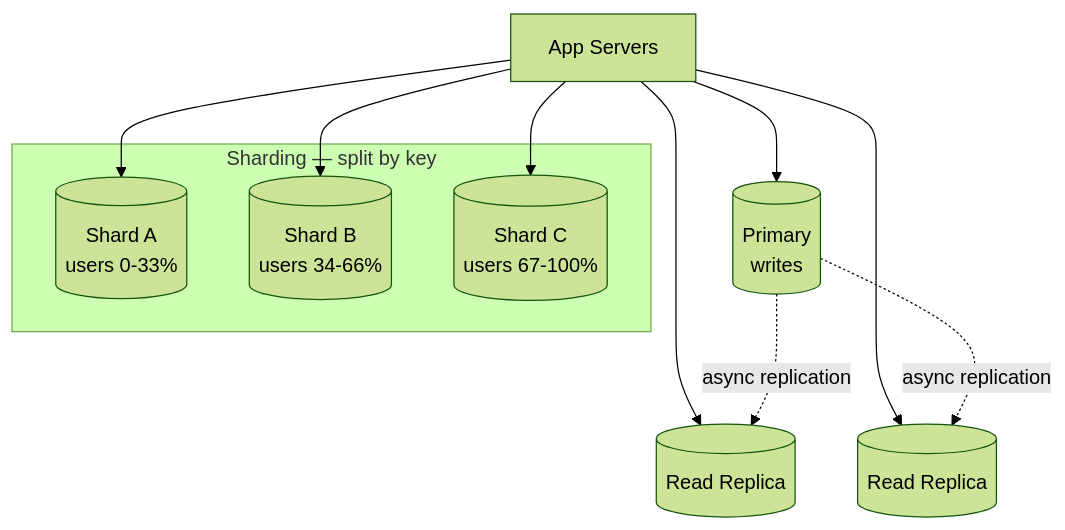
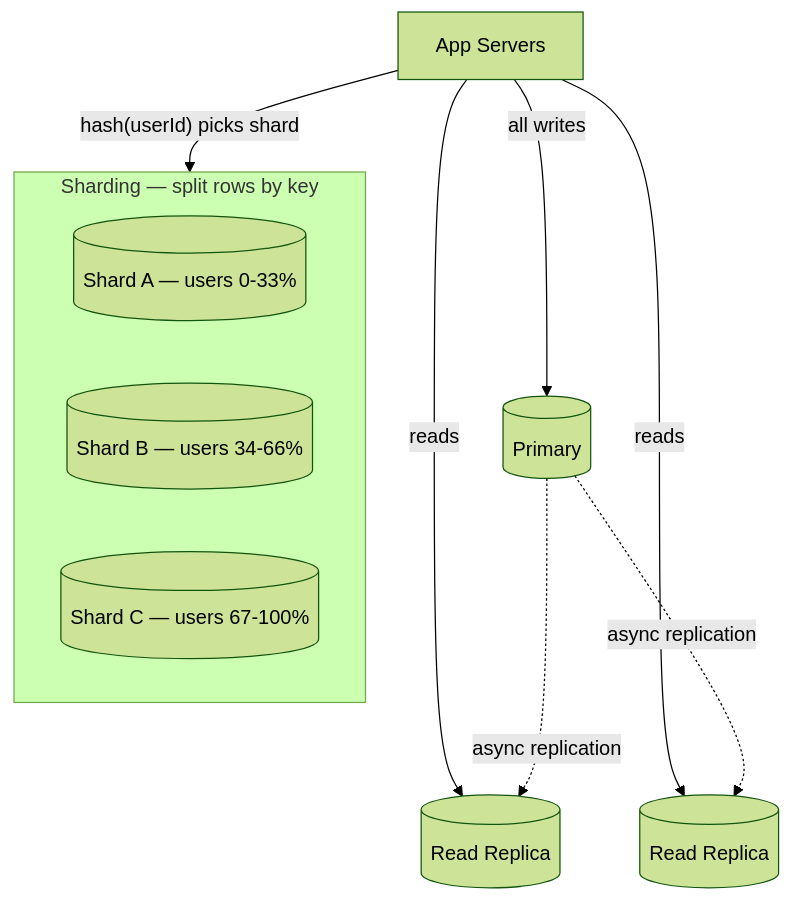
Before and after one commit to mohammad-mriesh-job/cortex: the first of 2 diagrams in src/modules/system-design/content/02-scalability/04-scaling-databases.md, drawn with Mermaid (forest theme). The commit also changed other lines of this file and 257 other files, not shown here.

````diff
--- a/src/modules/system-design/content/02-scalability/04-scaling-databases.md
+++ b/src/modules/system-design/content/02-scalability/04-scaling-databases.md
@@ -17,16 +17,14 @@
 ```mermaid
 flowchart TD
-  App[App Servers] --> P[("Primary<br/>writes")]
-  App --> R1[("Read Replica")]
-  App --> R2[("Read Replica")]
-  P -. async replication .-> R1
-  P -. async replication .-> R2
-  subgraph SH["Sharding — split by key"]
-    S1[("Shard A<br/>users 0-33%")]
-    S2[("Shard B<br/>users 34-66%")]
-    S3[("Shard C<br/>users 67-100%")]
+  App[App Servers] -->|"all writes"| P[(Primary)]
+  App -->|reads| R1[(Read Replica)]
+  App -->|reads| R2[(Read Replica)]
+  P -.->|async replication| R1
+  P -.->|async replication| R2
+  App -->|"hash(userId) picks shard"| SH
+  subgraph SH["Sharding — split rows by key"]
+    S1[("Shard A — users 0-33%")]
+    S2[("Shard B — users 34-66%")]
+    S3[("Shard C — users 67-100%")]
   end
-  App --> S1
-  App --> S2
-  App --> S3
 ```
````
